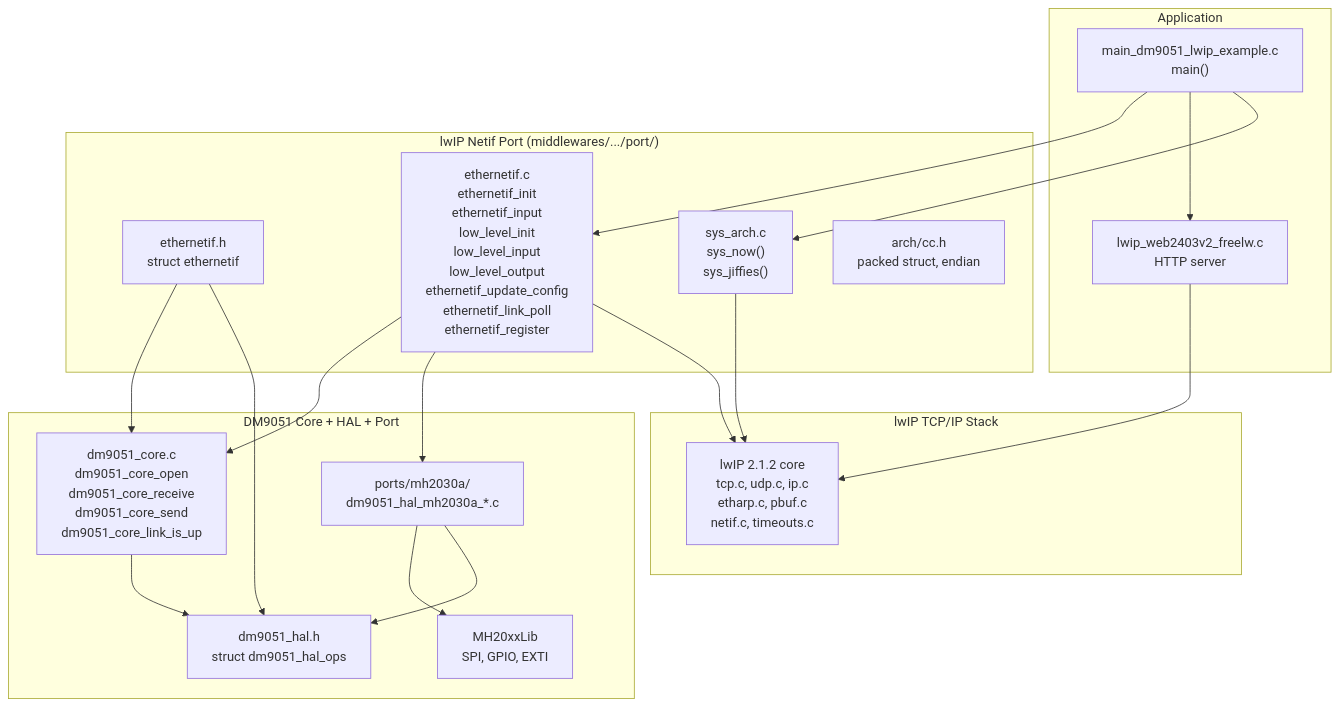
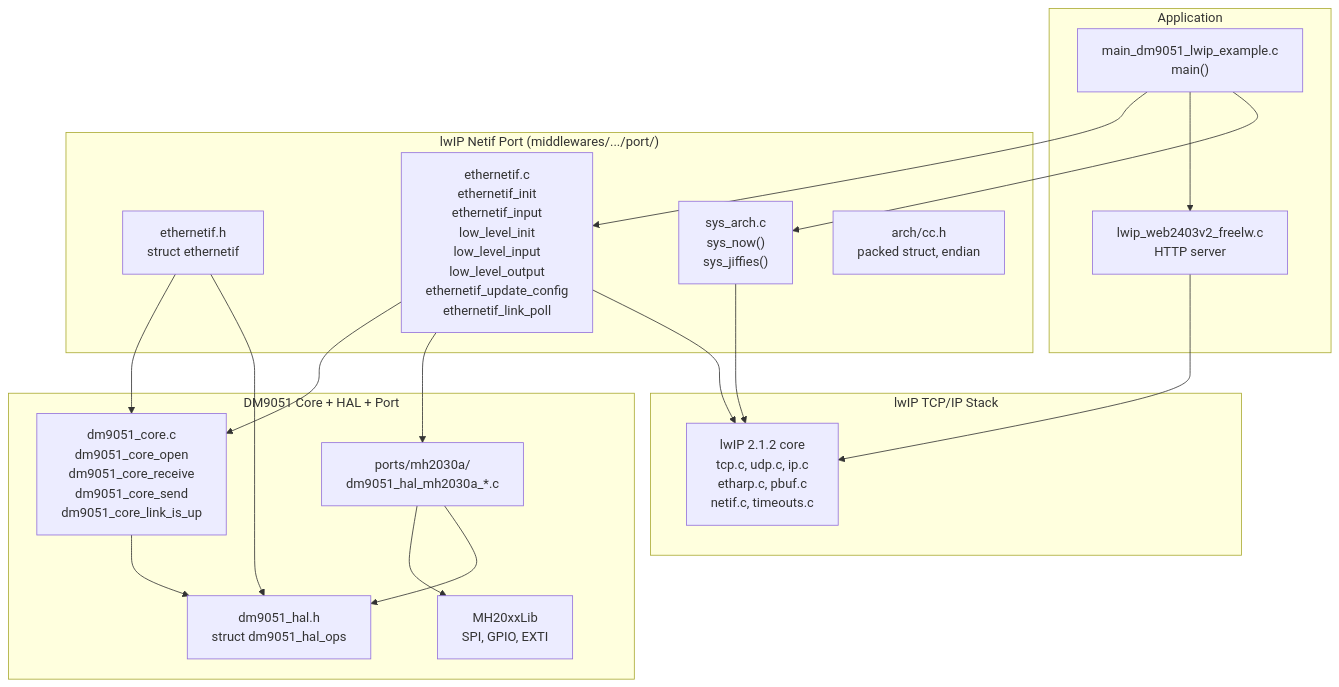
One commit to yicheng55/mh2030_demo changed the fifth of 5 diagrams in docs/dm9051_lwip_adapter_analysis.md. Above: the diagram before and after it, drawn with Mermaid. The commit also changed other lines of this file and 2 other files, not shown here.

First line of the commit message:
[lwIP] Remove deprecated convenience ethernetif API

````diff
--- a/docs/dm9051_lwip_adapter_analysis.md
+++ b/docs/dm9051_lwip_adapter_analysis.md
@@ -956,44 +930,44 @@
 ```mermaid
 graph TD
     subgraph "Application"
         MAIN["main_dm9051_lwip_example.c<br/>main()"]
         HTTPD["lwip_web2403v2_freelw.c<br/>HTTP server"]
     end
 
     subgraph "lwIP Netif Port (middlewares/.../port/)"
         ETHIF_H["ethernetif.h<br/>struct ethernetif"]
-        ETHIF_C["ethernetif.c<br/>ethernetif_init<br/>ethernetif_input<br/>low_level_init<br/>low_level_input<br/>low_level_output<br/>ethernetif_update_config<br/>ethernetif_link_poll<br/>ethernetif_register"]
+        ETHIF_C["ethernetif.c<br/>ethernetif_init<br/>ethernetif_input<br/>low_level_init<br/>low_level_input<br/>low_level_output<br/>ethernetif_update_config<br/>ethernetif_link_poll"]
         SYS_ARCH["sys_arch.c<br/>sys_now()<br/>sys_jiffies()"]
         CC_H["arch/cc.h<br/>packed struct, endian"]
     end
 
     subgraph "lwIP TCP/IP Stack"
         LWIP_STACK["lwIP 2.1.2 core<br/>tcp.c, udp.c, ip.c<br/>etharp.c, pbuf.c<br/>netif.c, timeouts.c"]
     end
 
     subgraph "DM9051 Core + HAL + Port"
         CORE["dm9051_core.c<br/>dm9051_core_open<br/>dm9051_core_receive<br/>dm9051_core_send<br/>dm9051_core_link_is_up"]
         HAL_H["dm9051_hal.h<br/>struct dm9051_hal_ops"]
         HAL_PORT["ports/mh2030a/<br/>dm9051_hal_mh2030a_*.c"]
         MCU_LIB["MH20xxLib<br/>SPI, GPIO, EXTI"]
     end
 
     MAIN --> ETHIF_C
     MAIN --> HTTPD
     MAIN --> SYS_ARCH
 
     ETHIF_C --> CORE
     ETHIF_C --> HAL_PORT
     ETHIF_C --> LWIP_STACK
 
     HTTPD --> LWIP_STACK
 
     CORE --> HAL_H
     HAL_PORT --> MCU_LIB
     HAL_PORT --> HAL_H
 
     SYS_ARCH --> LWIP_STACK
 
     ETHIF_H --> CORE
     ETHIF_H --> HAL_H
 ```
````
